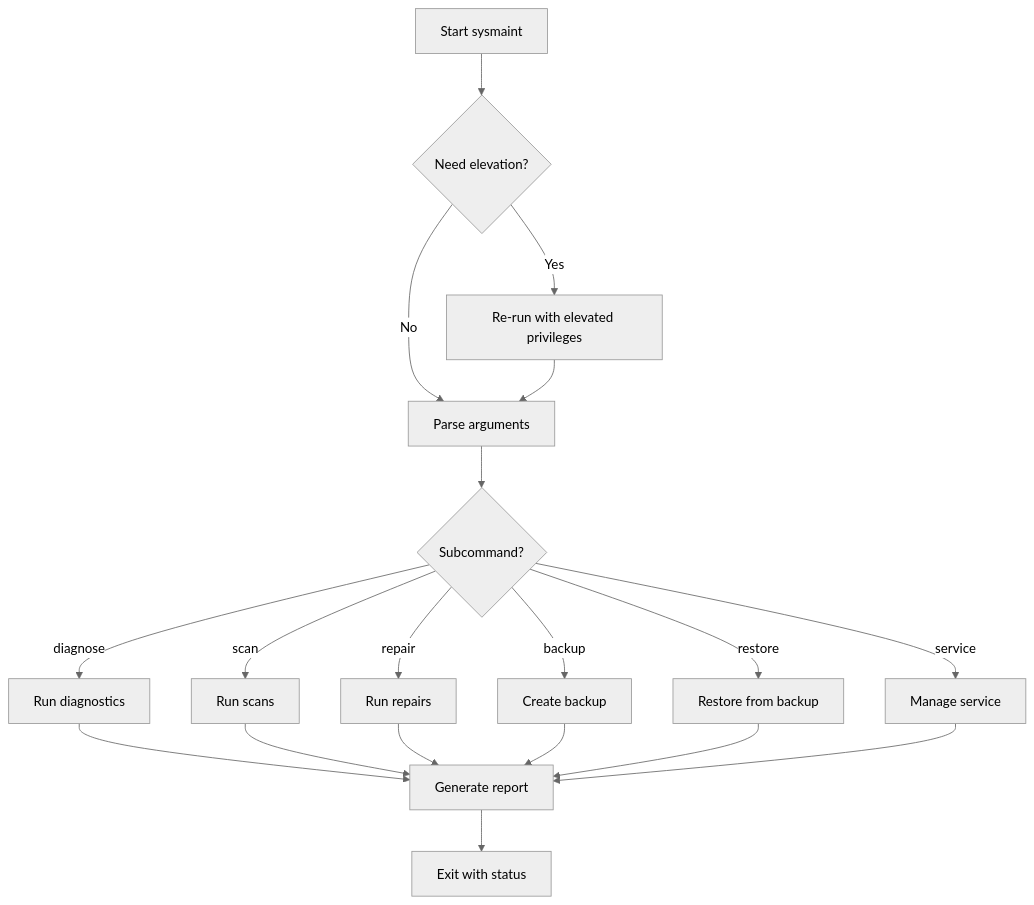
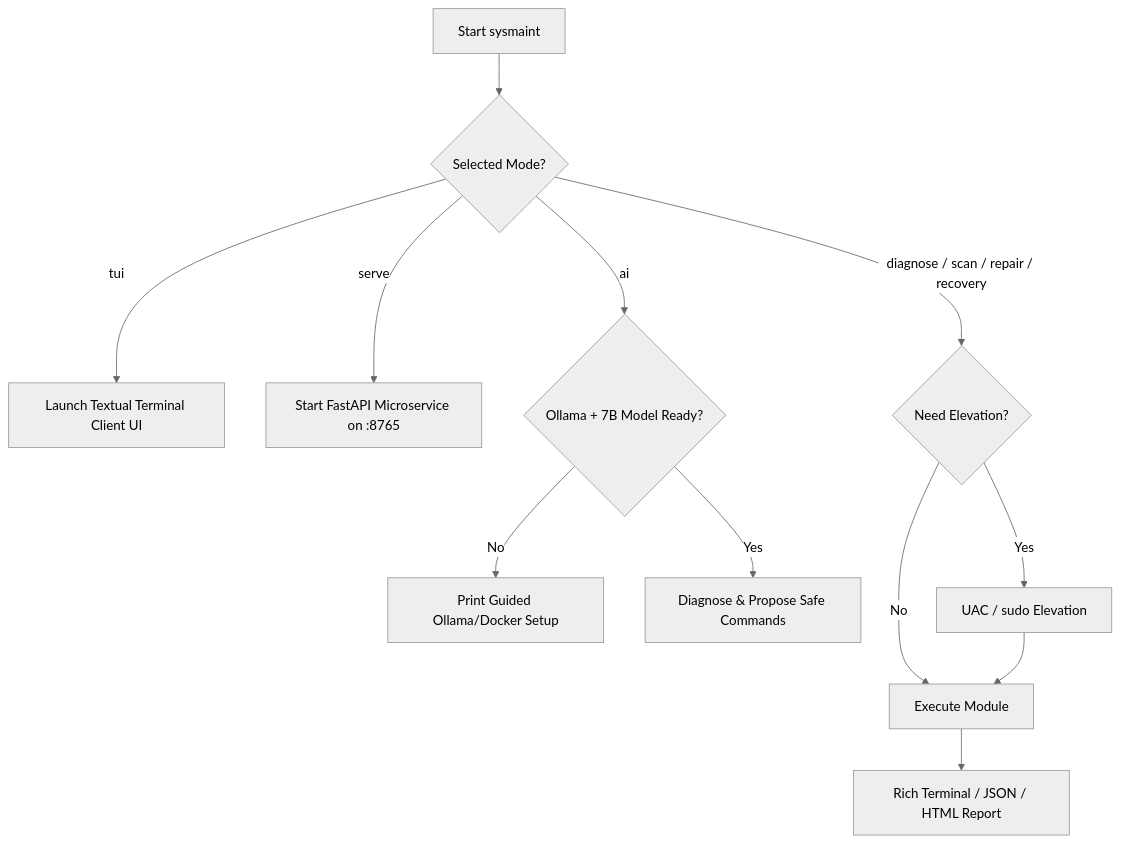
Before and after one commit to Kennny7/sysmaint: the second of 2 diagrams in README.md, drawn with Mermaid (neutral theme). The commit also changed other lines of this file, not shown here.

````diff
--- a/README.md
+++ b/README.md
@@ -39,21 +69,14 @@
 ```mermaid
 flowchart TD
-    Start[Start sysmaint] --> PrivCheck{Need elevation?}
-    PrivCheck -->|No| ParseCmd[Parse arguments]
-    PrivCheck -->|Yes| Elevate[Re-run with elevated privileges]
-    Elevate --> ParseCmd
-    ParseCmd --> Sub{Subcommand?}
-    Sub -->|diagnose| DoDiag[Run diagnostics]
-    Sub -->|scan| DoScan[Run scans]
-    Sub -->|repair| DoRepair[Run repairs]
-    Sub -->|backup| DoBackup[Create backup]
-    Sub -->|restore| DoRestore[Restore from backup]
-    Sub -->|service| DoService[Manage service]
-    DoDiag --> Report[Generate report]
-    DoScan --> Report
-    DoRepair --> Report
-    DoBackup --> Report
-    DoRestore --> Report
-    DoService --> Report
-    Report --> End[Exit with status]
+    Start[Start sysmaint] --> Mode{Selected Mode?}
+    Mode -->|tui| LaunchTUI[Launch Textual Terminal Client UI]
+    Mode -->|serve| LaunchAPI[Start FastAPI Microservice on :8765]
+    Mode -->|ai| CheckAI{Ollama + 7B Model Ready?}
+    CheckAI -->|No| GuideUser[Print Guided Ollama/Docker Setup]
+    CheckAI -->|Yes| Analyze[Diagnose & Propose Safe Commands]
+    Mode -->|diagnose / scan / repair / recovery| PrivCheck{Need Elevation?}
+    PrivCheck -->|No| RunMod[Execute Module]
+    PrivCheck -->|Yes| Elevate[UAC / sudo Elevation]
+    Elevate --> RunMod
+    RunMod --> Output[Rich Terminal / JSON / HTML Report]
 ```
````
